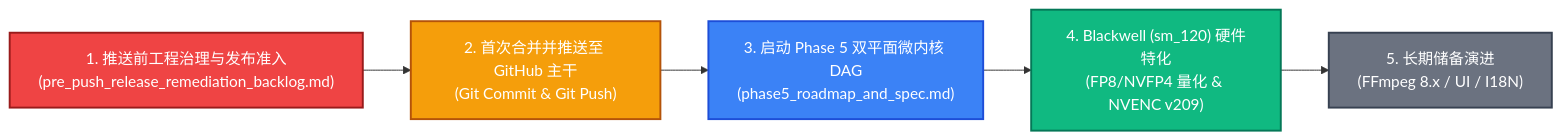
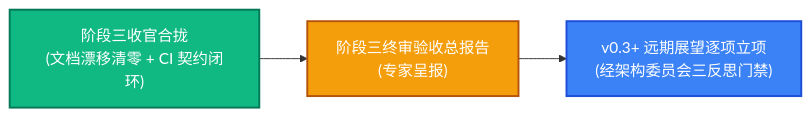
The diagram in docs/TODO/README.md (zhaotong96/CineRTX), drawn with Mermaid before and after one commit. The commit also changed other lines of this file and 211 other files, not shown here.

````diff
--- a/docs/TODO/README.md
+++ b/docs/TODO/README.md
@@ -45,13 +65,9 @@
 ```mermaid
 flowchart LR
-    A["1. 推送前工程治理与发布准入<br>(pre_push_release_remediation_backlog.md)"] --> B["2. 首次合并并推送至 GitHub 主干<br>(Git Commit & Git Push)"]
-    B --> C["3. 启动 Phase 5 双平面微内核 DAG<br>(phase5_roadmap_and_spec.md)"]
-    C --> D["4. Blackwell (sm_120) 硬件特化<br>(FP8/NVFP4 量化 & NVENC v209)"]
-    D --> E["5. 长期储备演进<br>(FFmpeg 8.x / UI / I18N)"]
+    A["阶段三收官合拢<br>(文档漂移清零 + CI 契约闭环)"] --> B["阶段三终审验收总报告<br>(专家呈报)"]
+    B --> C["v0.3+ 远期展望逐项立项<br>(经架构委员会三反思门禁)"]
 
-    style A fill:#ef4444,stroke:#991b1b,stroke-width:2px,color:#ffffff
+    style A fill:#10b981,stroke:#047857,stroke-width:2px,color:#ffffff
     style B fill:#f59e0b,stroke:#b45309,stroke-width:2px,color:#ffffff
     style C fill:#3b82f6,stroke:#1d4ed8,stroke-width:2px,color:#ffffff
-    style D fill:#10b981,stroke:#047857,stroke-width:2px,color:#ffffff
-    style E fill:#6b7280,stroke:#374151,stroke-width:2px,color:#ffffff
 ```
````
